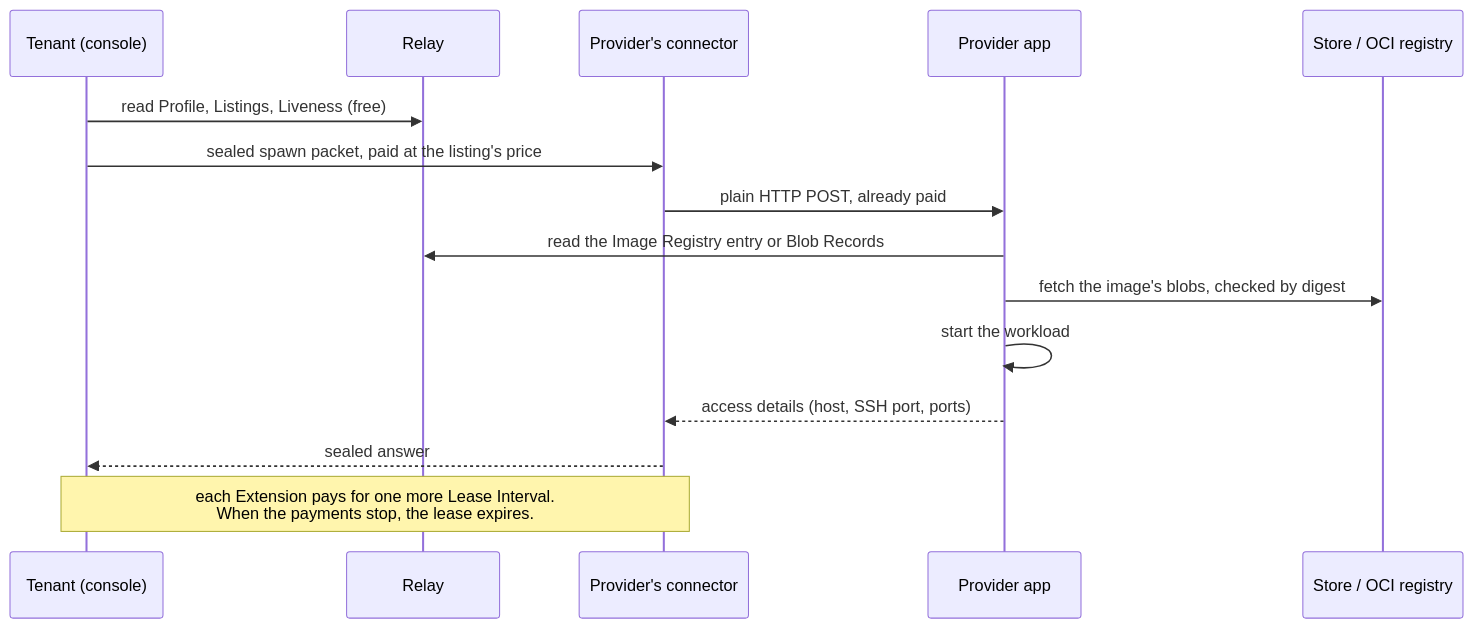
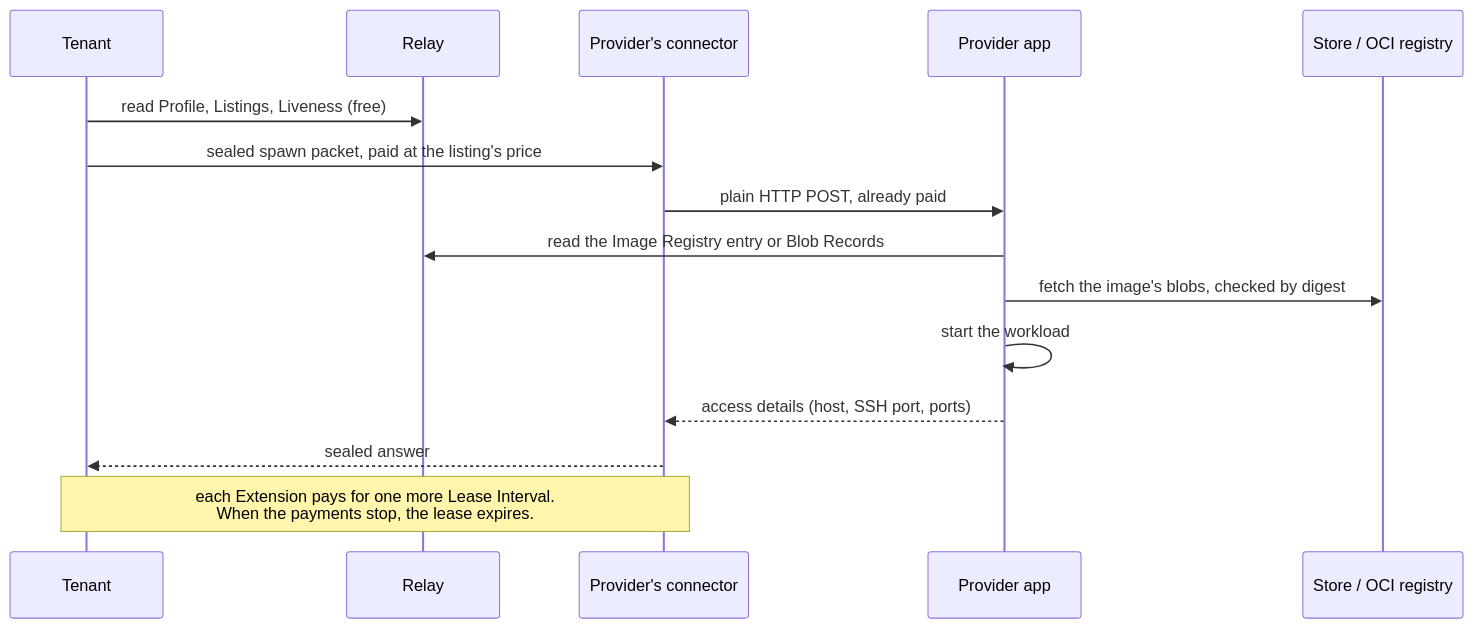
One commit to toon-protocol/TOON_Network changed the diagram in README.md. Above: the diagram before and after it, drawn with Mermaid. The commit also changed other lines of this file and 6 other files, not shown here.

````diff
--- a/README.md
+++ b/README.md
@@ -43,17 +45,17 @@
 ```mermaid
 sequenceDiagram
-    participant T as Tenant (console)
+    participant T as Tenant
     participant R as Relay
     participant C as Provider's connector
     participant P as Provider app
     participant S as Store / OCI registry
     T->>R: read Profile, Listings, Liveness (free)
     T->>C: sealed spawn packet, paid at the listing's price
     C->>P: plain HTTP POST, already paid
     P->>R: read the Image Registry entry or Blob Records
     P->>S: fetch the image's blobs, checked by digest
     P->>P: start the workload
     P-->>C: access details (host, SSH port, ports)
     C-->>T: sealed answer
     Note over T,C: each Extension pays for one more Lease Interval.<br/>When the payments stop, the lease expires.
 ```
````
